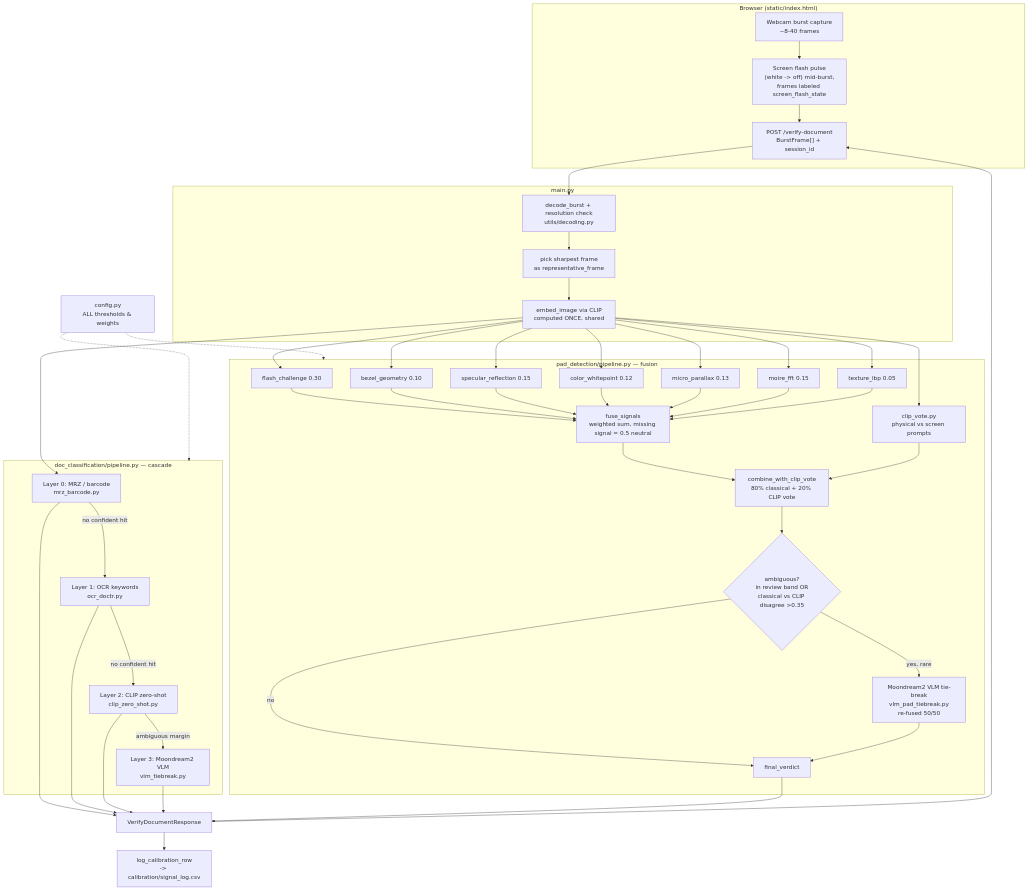
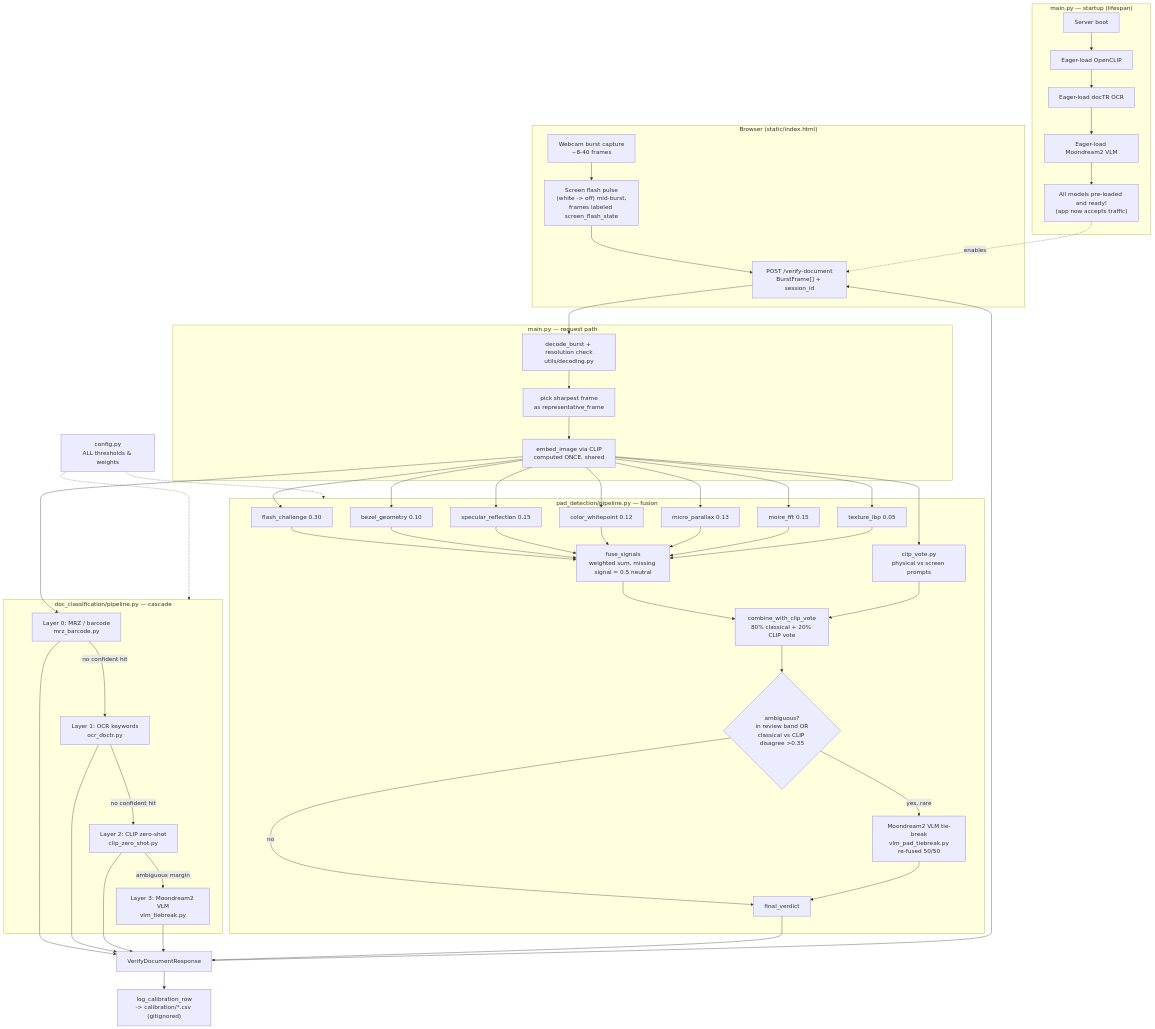
The diagram in README.md (AKPranav1/physical-vs-screen-id), drawn with Mermaid before and after one commit. The commit also changed other lines of this file, not shown here.

````diff
--- a/README.md
+++ b/README.md
@@ -33,46 +33,54 @@
 ```mermaid
 flowchart TD
+    subgraph Startup["main.py — startup (lifespan)"]
+        S0[Server boot] --> S1[Eager-load OpenCLIP]
+        S1 --> S2[Eager-load docTR OCR]
+        S2 --> S3[Eager-load Moondream2 VLM]
+        S3 --> S4["All models pre-loaded and ready!\n(app now accepts traffic)"]
+    end
+
     subgraph Client["Browser (static/index.html)"]
         A[Webcam burst capture\n~8-40 frames] --> B["Screen flash pulse\n(white -> off) mid-burst,\nframes labeled screen_flash_state"]
         B --> C["POST /verify-document\nBurstFrame[] + session_id"]
     end
 
-    subgraph API["main.py"]
+    subgraph API["main.py — request path"]
         C --> D[decode_burst + resolution check\nutils/decoding.py]
         D --> E[pick sharpest frame\nas representative_frame]
         E --> F[embed_image via CLIP\ncomputed ONCE, shared]
     end
 
     subgraph DocType["doc_classification/pipeline.py — cascade"]
         F --> G0[Layer 0: MRZ / barcode\nmrz_barcode.py]
         G0 -->|no confident hit| G1[Layer 1: OCR keywords\nocr_doctr.py]
         G1 -->|no confident hit| G2[Layer 2: CLIP zero-shot\nclip_zero_shot.py]
         G2 -->|ambiguous margin| G3[Layer 3: Moondream2 VLM\nvlm_tiebreak.py]
     end
 
     subgraph PAD["pad_detection/pipeline.py — fusion"]
         F --> H1[flash_challenge 0.30]
         F --> H2[bezel_geometry 0.10]
         F --> H3[specular_reflection 0.15]
         F --> H4[color_whitepoint 0.12]
         F --> H5[micro_parallax 0.13]
         F --> H6[moire_fft 0.15]
         F --> H7[texture_lbp 0.05]
         H1 & H2 & H3 & H4 & H5 & H6 & H7 --> I[fuse_signals\nweighted sum, missing signal = 0.5 neutral]
         F --> J[clip_vote.py\nphysical vs screen prompts]
         I --> K["combine_with_clip_vote\n80% classical + 20% CLIP vote"]
         J --> K
         K --> L{ambiguous?\nin review band OR\nclassical vs CLIP disagree >0.35}
         L -->|yes, rare| M[Moondream2 VLM tie-break\nvlm_pad_tiebreak.py\nre-fused 50/50]
         L -->|no| N[final_verdict]
         M --> N
     end
 
+    S4 -.enables.-> C
     G0 & G1 & G2 & G3 --> O[VerifyDocumentResponse]
     N --> O
-    O --> P[log_calibration_row\n-> calibration/signal_log.csv]
+    O --> P["log_calibration_row\n-> calibration/*.csv (gitignored)"]
     O --> C
 
     Q[config.py\nALL thresholds & weights] -.-> DocType
     Q -.-> PAD
 ```
````
